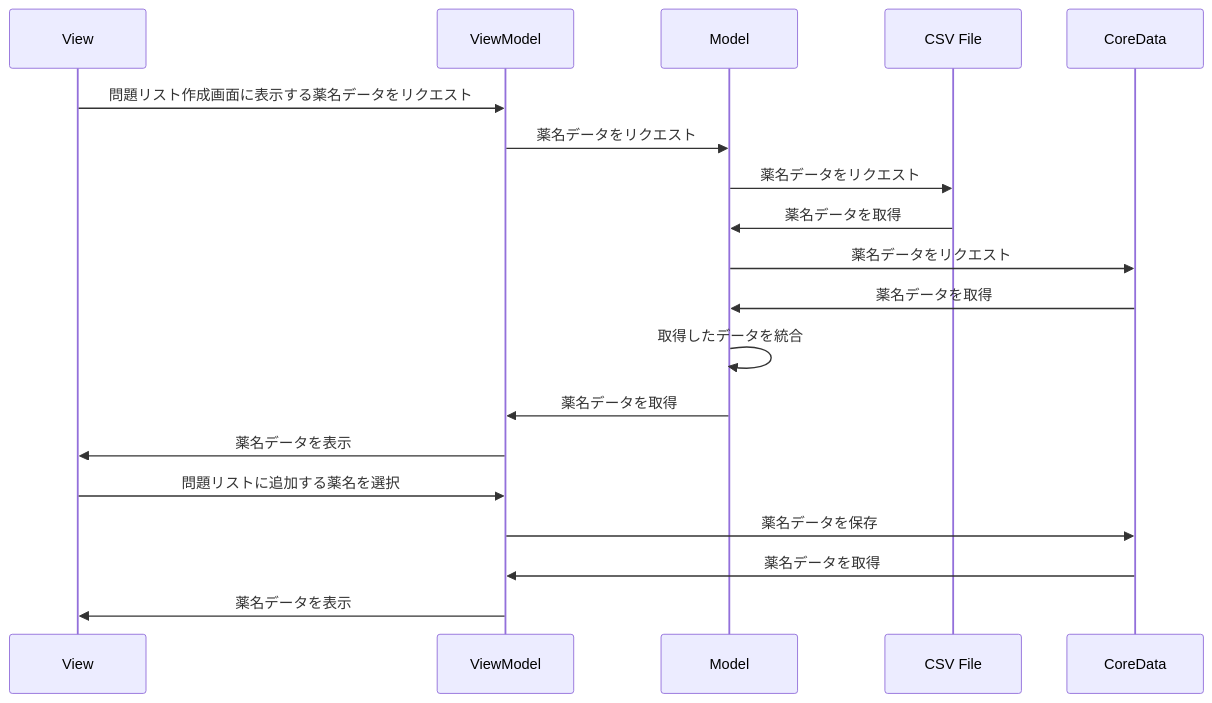
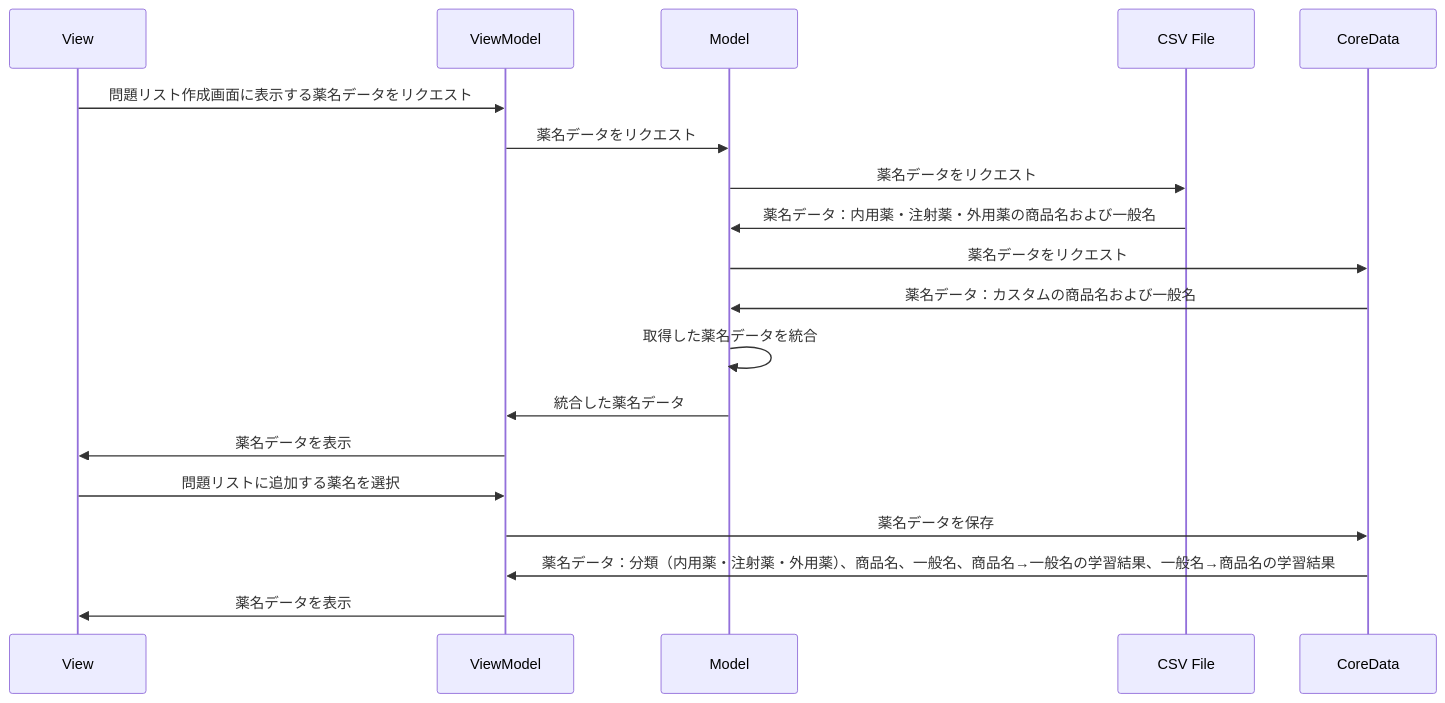
Before and after one commit to tas5521/MedicineNameQuiz: the second of 4 diagrams in README.md, drawn with Mermaid. The commit also changed other lines of this file, not shown here.

Commit message:
#137 シーケンス図を改善

````diff
--- a/README.md
+++ b/README.md
@@ -155,21 +155,21 @@
 ```mermaid
 sequenceDiagram
     participant View
     participant ViewModel
     participant Model
     participant CSV File
     participant CoreData
     View->>ViewModel: 問題リスト作成画面に表示する薬名データをリクエスト
     ViewModel->>Model: 薬名データをリクエスト
     Model->>CSV File: 薬名データをリクエスト
-    CSV File->>Model: 薬名データを取得
+    CSV File->>Model: 薬名データ：内用薬・注射薬・外用薬の商品名および一般名
     Model->>CoreData: 薬名データをリクエスト
-    CoreData->>Model: 薬名データを取得
-    Model->>Model: 取得したデータを統合
-    Model->>ViewModel: 薬名データを取得
+    CoreData->>Model: 薬名データ：カスタムの商品名および一般名
+    Model->>Model: 取得した薬名データを統合
+    Model->>ViewModel: 統合した薬名データ
     ViewModel->>View: 薬名データを表示
     View->>ViewModel: 問題リストに追加する薬名を選択
     ViewModel->>CoreData: 薬名データを保存
-    CoreData->>ViewModel: 薬名データを取得
+    CoreData->>ViewModel: 薬名データ：分類（内用薬・注射薬・外用薬）、商品名、一般名、商品名→一般名の学習結果、一般名→商品名の学習結果
     ViewModel->>View: 薬名データを表示
 ```
````
